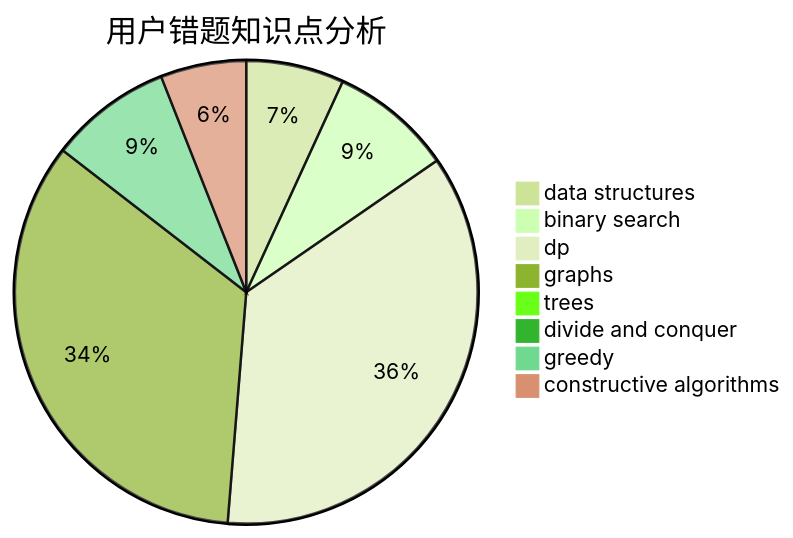
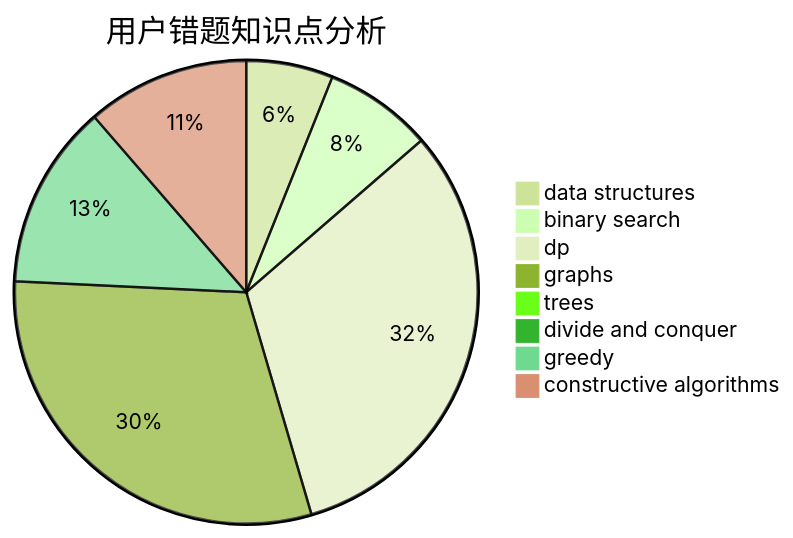
Before and after one commit to sherpahu/cfrs.github.io: the third of 3 diagrams in docs/user/u400.md, drawn with Mermaid (forest theme). The commit also changed other lines of this file and 2770 other files, not shown here.

````diff
--- a/docs/user/u400.md
+++ b/docs/user/u400.md
@@ -36,11 +36,11 @@
 ```mermaid
 pie title 用户错题知识点分析
     "data structures" :  8
     "binary search" :  10
     "dp" :  42
     "graphs" :  40
     "trees" :  0
     "divide and conquer" :  0
-    "greedy" :  10
-    "constructive algorithms" :  7
+    "greedy" :  17
+    "constructive algorithms" :  15
 ```
````
